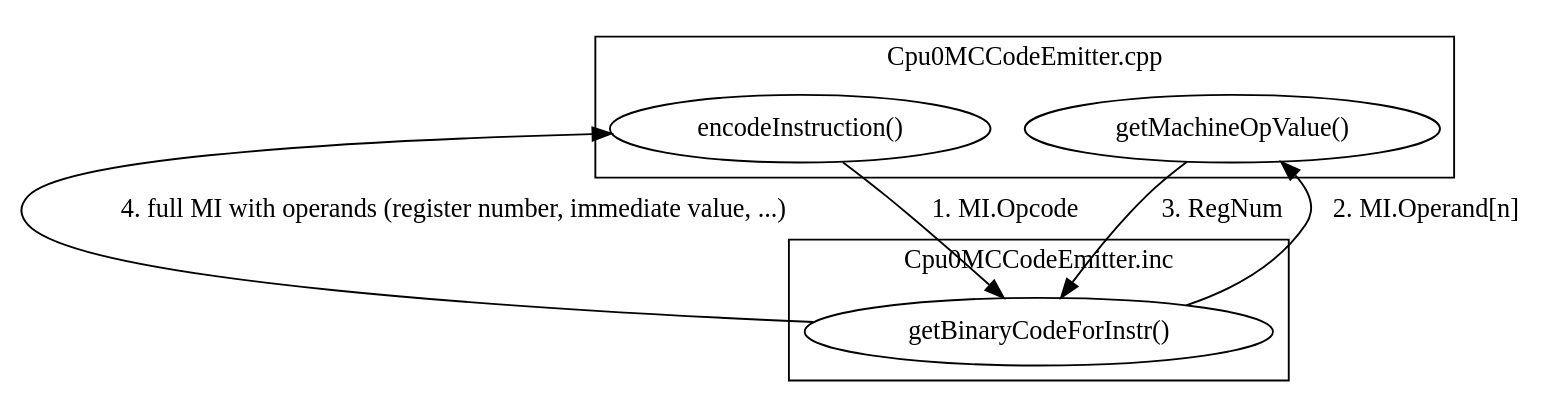
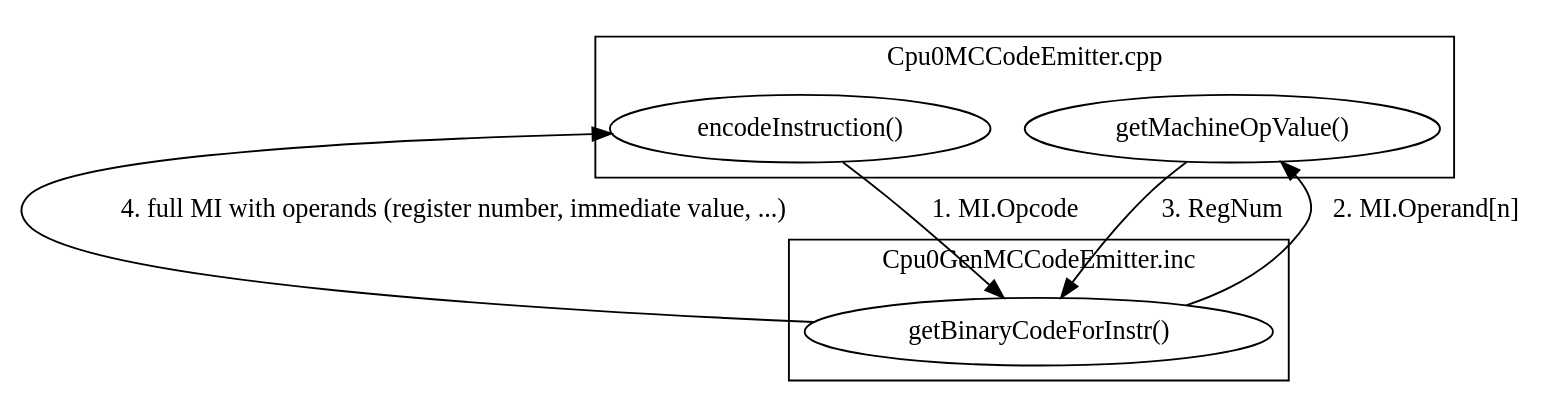
The diagram in Fig/genobj/instEncodeDfd.gv (Jonathan2251/lbd), drawn with Graphviz before and after one commit. The commit also changed 31 other files, not shown here.

```diff
--- a/Fig/genobj/instEncodeDfd.gv
+++ b/Fig/genobj/instEncodeDfd.gv
@@ -1,21 +1,21 @@
 digraph G {
   rankdir=TB;
   subgraph cluster0 {
     label = "Cpu0MCCodeEmitter.cpp";
     "encodeInstruction()";
     "getMachineOpValue()";
   }
   subgraph cluster1 {
-    label = "Cpu0MCCodeEmitter.inc";
+    label = "Cpu0GenMCCodeEmitter.inc";
     "getBinaryCodeForInstr()"
   }
   
   "encodeInstruction()" -> "getBinaryCodeForInstr()" [label="1. MI.Opcode"];
   
   "getBinaryCodeForInstr()" -> "encodeInstruction()"  [label="4. full MI with operands (register number, immediate value, ...)"];
   "getBinaryCodeForInstr()" -> "getMachineOpValue()" [label="2. MI.Operand[n]"];
   
   "getMachineOpValue()" -> "getBinaryCodeForInstr()"  [label="3. RegNum"];
   
 //  label = "Figure: DFD flow for instruction encode";
 }
```
